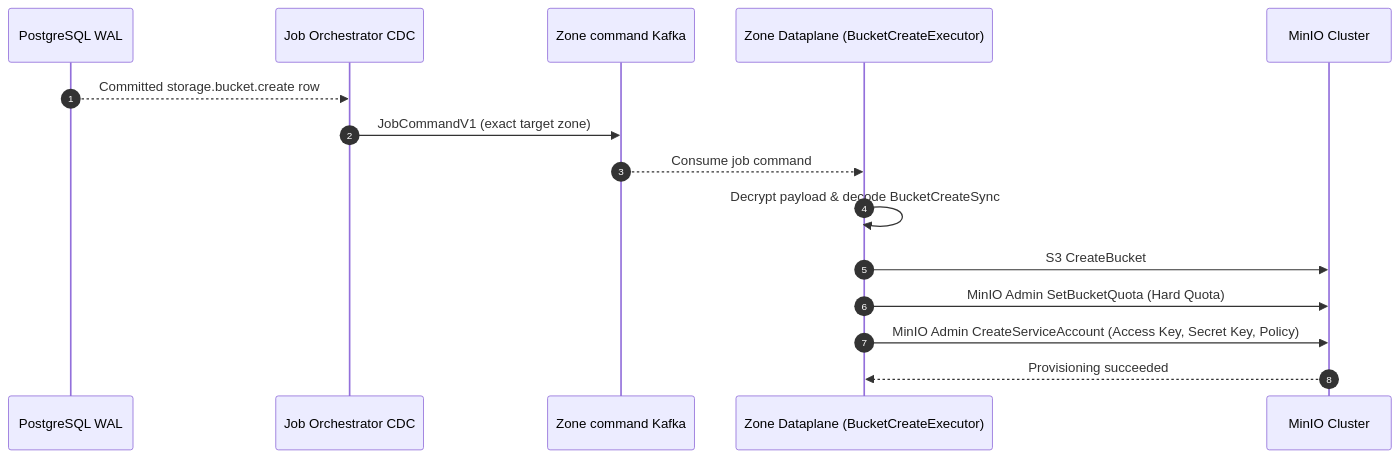
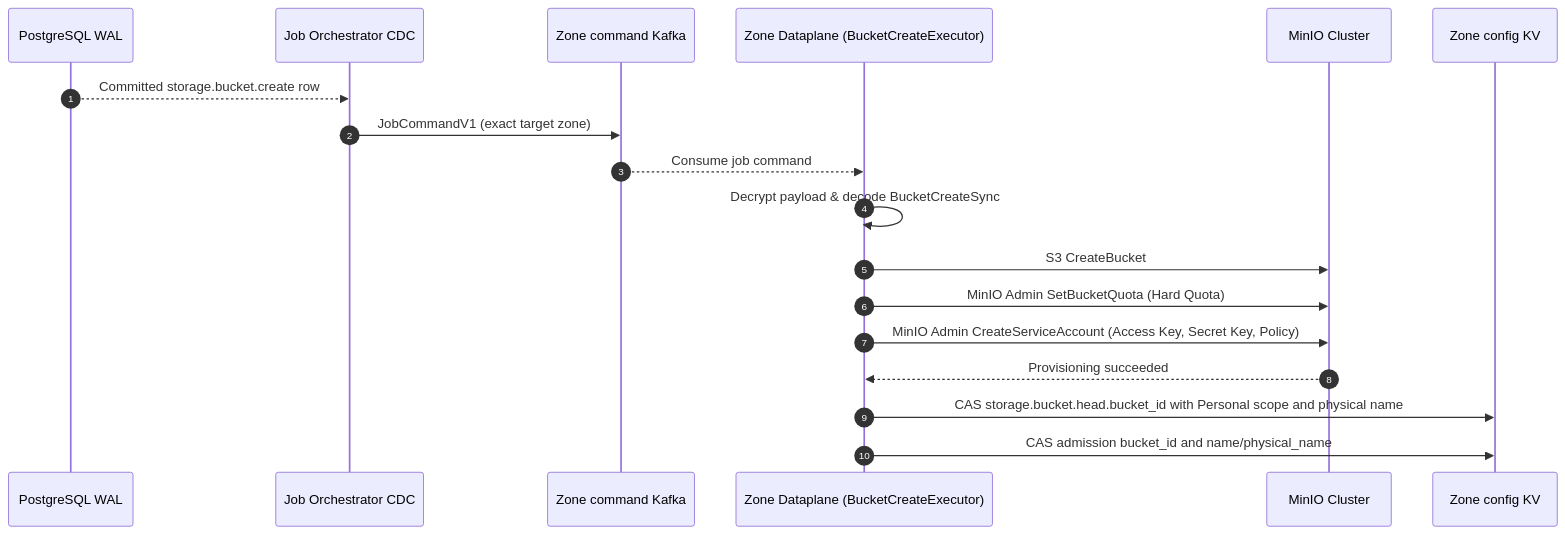
The third of 6 diagrams in god_view/storage/personal_bucket_create_god_view_workflow.md (phucle996/aurora), drawn with Mermaid before and after one commit. The commit also changed other lines of this file and 94 other files, not shown here.

Commit message:
feat(storage): move runtime reads and admission to zone authority

````diff
--- a/god_view/storage/personal_bucket_create_god_view_workflow.md
+++ b/god_view/storage/personal_bucket_create_god_view_workflow.md
@@ -188,18 +233,21 @@
 ```mermaid
 sequenceDiagram
     autonumber
     participant PG as PostgreSQL WAL
     participant JO as Job Orchestrator CDC
     participant KC as Zone command Kafka
     participant DP as Zone Dataplane (BucketCreateExecutor)
     participant M as MinIO Cluster
+    participant KV as Zone config KV
 
     PG-->>JO: Committed storage.bucket.create row
     JO->>KC: JobCommandV1 (exact target zone)
     KC-->>DP: Consume job command
     DP->>DP: Decrypt payload & decode BucketCreateSync
     DP->>M: S3 CreateBucket
     DP->>M: MinIO Admin SetBucketQuota (Hard Quota)
     DP->>M: MinIO Admin CreateServiceAccount (Access Key, Secret Key, Policy)
     M-->>DP: Provisioning succeeded
+    DP->>KV: CAS storage.bucket.head.bucket_id with Personal scope and physical name
+    DP->>KV: CAS admission bucket_id and name/physical_name
 ```
````
